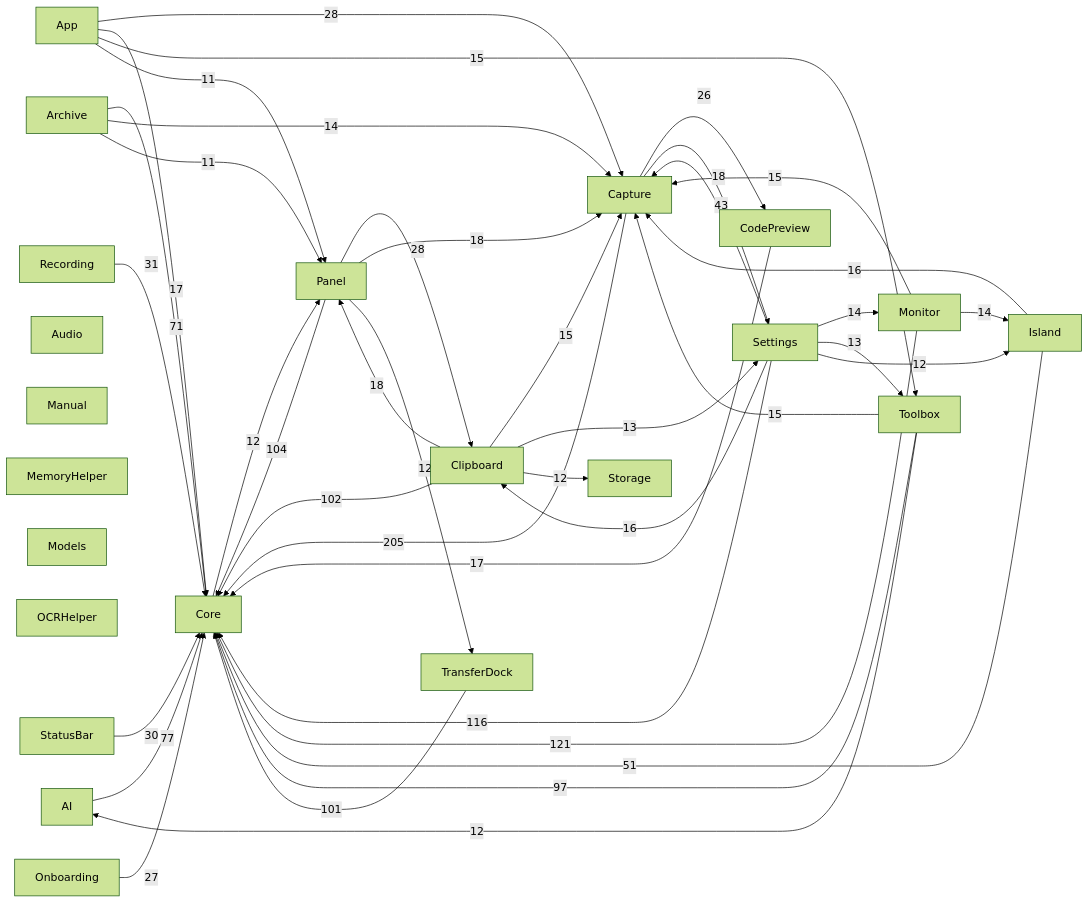
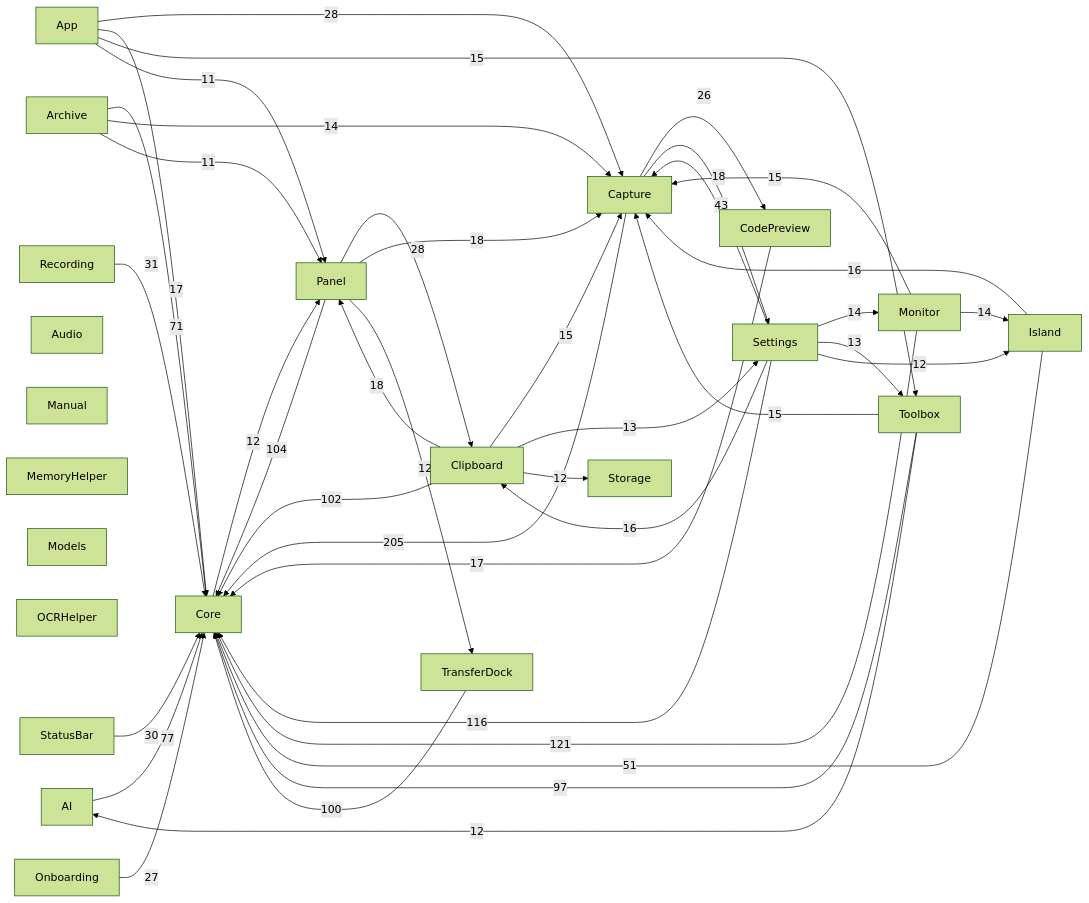
Before and after one commit to sxyq/Kitnest: the diagram in docs/00-总览/模块依赖图.md, drawn with Mermaid (forest theme). The commit also changed other lines of this file and 5 other files, not shown here.

````diff
--- a/docs/00-总览/模块依赖图.md
+++ b/docs/00-总览/模块依赖图.md
@@ -36,65 +36,65 @@
 ```mermaid
 flowchart LR
   M0["AI"]
   M1["App"]
   M2["Archive"]
   M3["Audio"]
   M4["Capture"]
   M5["Clipboard"]
   M6["CodePreview"]
   M7["Core"]
   M8["Island"]
   M9["Manual"]
   M10["MemoryHelper"]
   M11["Models"]
   M12["Monitor"]
   M13["OCRHelper"]
   M14["Onboarding"]
   M15["Panel"]
   M16["Recording"]
   M17["Settings"]
   M18["StatusBar"]
   M19["Storage"]
   M20["Toolbox"]
   M21["TransferDock"]
   M4 -->|205| M7
   M12 -->|121| M7
   M17 -->|116| M7
   M15 -->|104| M7
   M5 -->|102| M7
-  M21 -->|101| M7
+  M21 -->|100| M7
   M20 -->|97| M7
   M0 -->|77| M7
   M2 -->|71| M7
   M8 -->|51| M7
   M17 -->|43| M4
   M16 -->|31| M7
   M18 -->|30| M7
   M1 -->|28| M4
   M15 -->|28| M5
   M14 -->|27| M7
   M4 -->|26| M6
   M4 -->|18| M17
   M5 -->|18| M15
   M15 -->|18| M4
   M1 -->|17| M7
   M6 -->|17| M7
   M8 -->|16| M4
   M17 -->|16| M5
   M1 -->|15| M20
   M5 -->|15| M4
   M12 -->|15| M4
   M20 -->|15| M4
   M2 -->|14| M4
   M12 -->|14| M8
   M17 -->|14| M12
   M5 -->|13| M17
   M17 -->|13| M20
   M7 -->|12| M15
   M5 -->|12| M19
   M15 -->|12| M21
   M17 -->|12| M8
   M20 -->|12| M0
   M1 -->|11| M15
   M2 -->|11| M15
 ```
````
